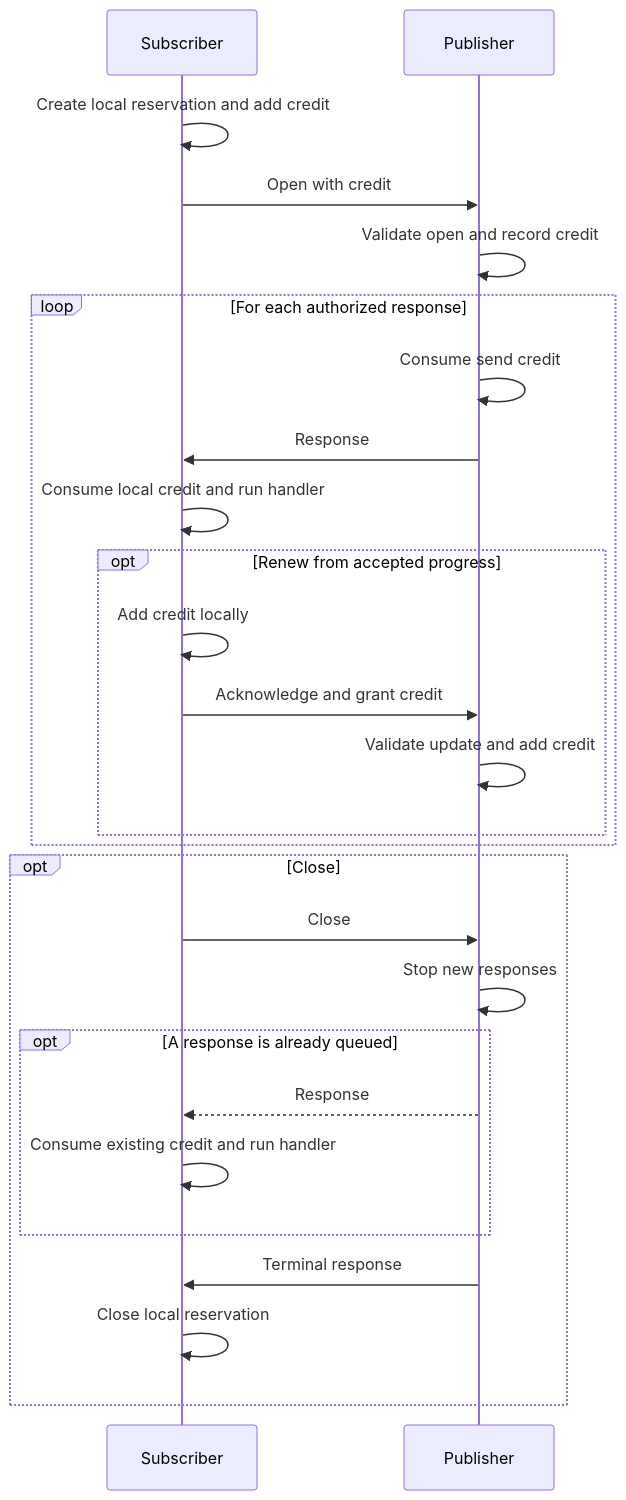
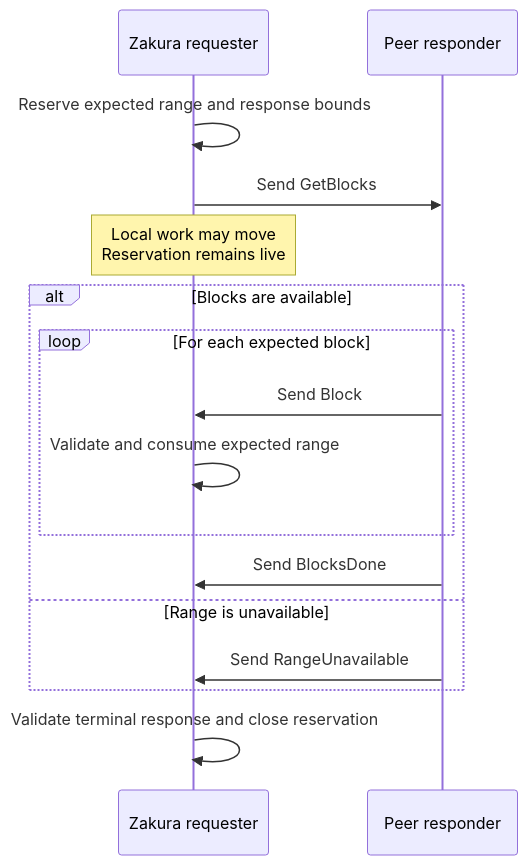
One commit to zakura-core/zakura changed the second of 2 diagrams in docs/design/peer-message-regulation.md. Above: the diagram before and after it, drawn with Mermaid. The commit also changed other lines of this file and 13 other files, not shown here.

````diff
--- a/docs/design/peer-message-regulation.md
+++ b/docs/design/peer-message-regulation.md
@@ -134,28 +113,18 @@
 ```mermaid
 sequenceDiagram
-    participant S as Subscriber
-    participant P as Publisher
-    S->>S: Create local reservation and add credit
-    S->>P: Open with credit
-    P->>P: Validate open and record credit
-    loop For each authorized response
-        P->>P: Consume send credit
-        P->>S: Response
-        S->>S: Consume local credit and run handler
-        opt Renew from accepted progress
-            S->>S: Add credit locally
-            S->>P: Acknowledge and grant credit
-            P->>P: Validate update and add credit
+    participant Z as Zakura requester
+    participant P as Peer responder
+    Z->>Z: Reserve expected range and response bounds
+    Z->>P: Send GetBlocks
+    Note over Z: Local work may move<br/>Reservation remains live
+    alt Blocks are available
+        loop For each expected block
+            P->>Z: Send Block
+            Z->>Z: Validate and consume expected range
         end
+        P->>Z: Send BlocksDone
+    else Range is unavailable
+        P->>Z: Send RangeUnavailable
     end
-    opt Close
-        S->>P: Close
-        P->>P: Stop new responses
-        opt A response is already queued
-            P-->>S: Response
-            S->>S: Consume existing credit and run handler
-        end
-        P->>S: Terminal response
-        S->>S: Close local reservation
-    end
+    Z->>Z: Validate terminal response and close reservation
 ```
````
